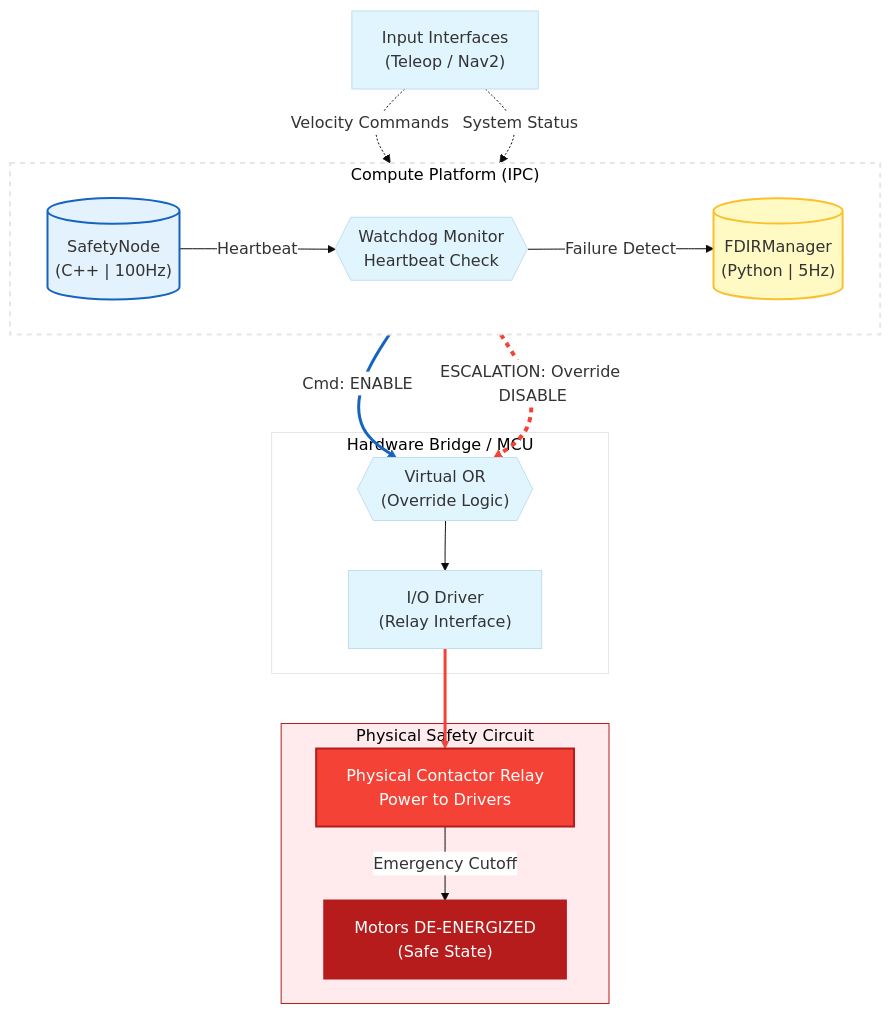
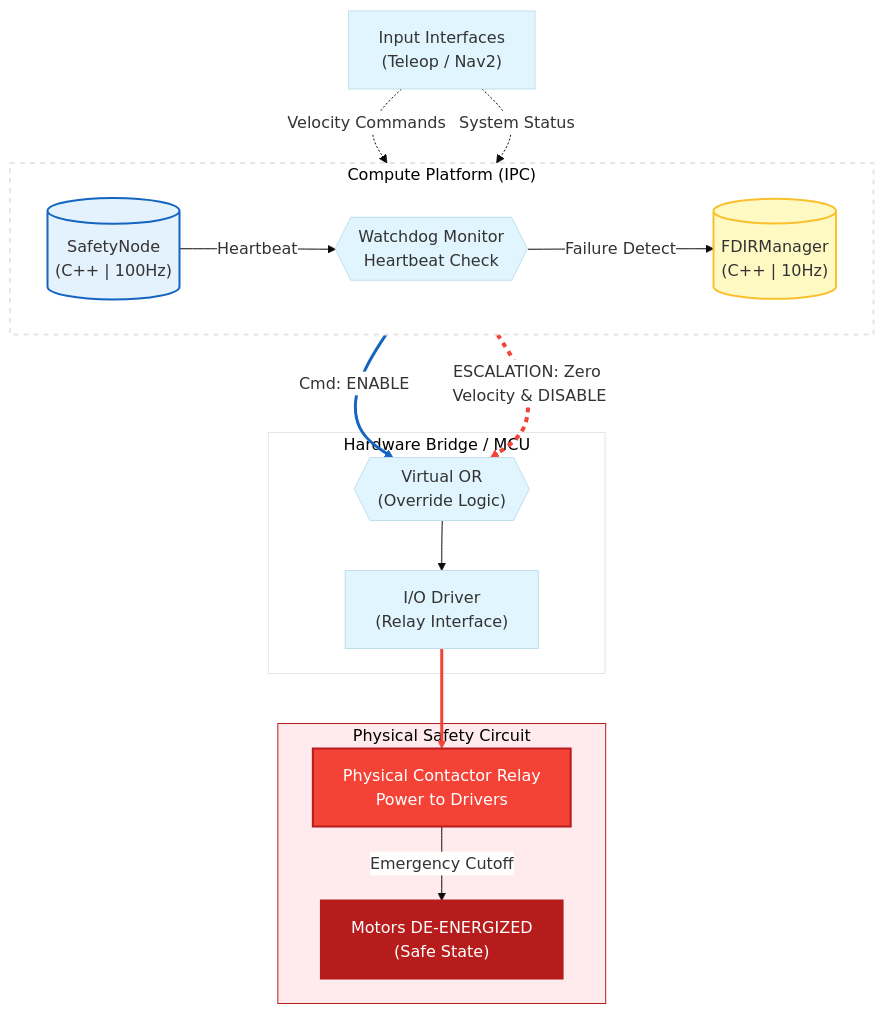
The diagram in docs/architecture/safety_and_fdir.md (MrDaila007/mona_robot), drawn with Mermaid before and after one commit. The commit also changed other lines of this file and 8 other files, not shown here.

````diff
--- a/docs/architecture/safety_and_fdir.md
+++ b/docs/architecture/safety_and_fdir.md
@@ -25,67 +25,67 @@
 ```mermaid
 %%{init: {'theme': 'base', 'themeVariables': { 'primaryColor': '#e1f5fe', 'edgeLabelBackground':'#ffffff', 'tertiaryColor': '#fff'}}}%%
 graph TD
     %% Input Interfaces
     subInter["Input Interfaces<br>(Teleop / Nav2)"]
     
     %% Software Layer (IPC)
     subgraph SW_Layer ["Compute Platform (IPC)"]
         direction LR
         SN[("SafetyNode<br>(C++ | 100Hz)")]
-        FM[("FDIRManager<br>(Python | 5Hz)")]
+        FM[("FDIRManager<br>(C++ | 10Hz)")]
         Watchdog{{"Watchdog Monitor<br>Heartbeat Check"}}
         
         %% Monitoring Links
         SN -- Heartbeat --> Watchdog
         Watchdog -- Failure Detect --> FM
     end
     
     %% Data Streams
     subInter -. "Velocity Commands" .-> SN
     subInter -. "System Status" .-> FM
     
     %% Hardware Bridge / MCU
     subgraph HW_Bridge ["Hardware Bridge / MCU"]
         LogicOr{{"Virtual OR<br>(Override Logic)"}}
         IOCtrl["I/O Driver<br>(Relay Interface)"]
     end
     
     %% === CONTROL PATHS ===
     
     %% 1. Primary Path (C++) - Normal operation
     SN ==>|"Cmd: ENABLE"| LogicOr
     
-    %% 2. Redundant Path (Python) - Emergency Override
-    FM ==>|"ESCALATION: Override DISABLE"| LogicOr
+    %% 2. Redundant Path (C++) - Emergency Override
+    FM ==>|"ESCALATION: Zero Velocity & DISABLE"| LogicOr
     
     %% Final logic to driver
     LogicOr --> IOCtrl
     
     %% Power Electronics
     subgraph Physical_HW ["Physical Safety Circuit"]
         Relay["Physical Contactor Relay<br>Power to Drivers"]
         Dead["Motors DE-ENERGIZED<br>(Safe State)"]
     end
     
     %% Hardware Signal
     IOCtrl ==> Relay
     
     %% Result
     Relay -- "Emergency Cutoff" --> Dead
     
     %% === DIAGRAM STYLING ===
     %% Node Colors
     style SN fill:#e3f2fd,stroke:#1565c0,stroke-width:2px;
     style FM fill:#fff9c4,stroke:#fbc02d,stroke-width:2px;
     style Relay fill:#f44336,color:white,stroke:#b71c1c,stroke-width:2px;
     style Dead fill:#b71c1c,color:white,stroke:#b71c1c,stroke-width:2px;
     
     %% Link Colors and Types
     linkStyle 4 stroke:#1565c0,stroke-width:3px,label: PRIMARY;
     linkStyle 5 stroke:#f44336,stroke-width:4px,stroke-dasharray: 5 5,label: REDUNDANT;
     linkStyle 7 stroke:#f44336,stroke-width:3px;
     
     %% Subgraph Styles
     style SW_Layer stroke-width:2px,stroke-dasharray: 5 5;
     style Physical_HW fill:#ffebee,stroke:#b71c1c;
 ```
````
